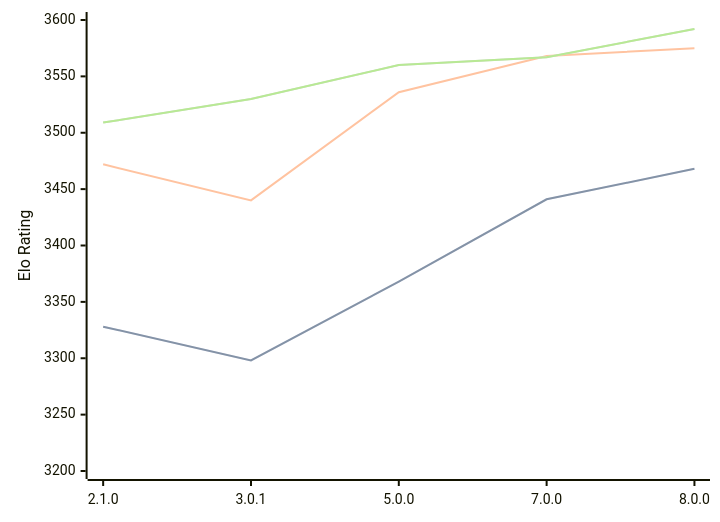
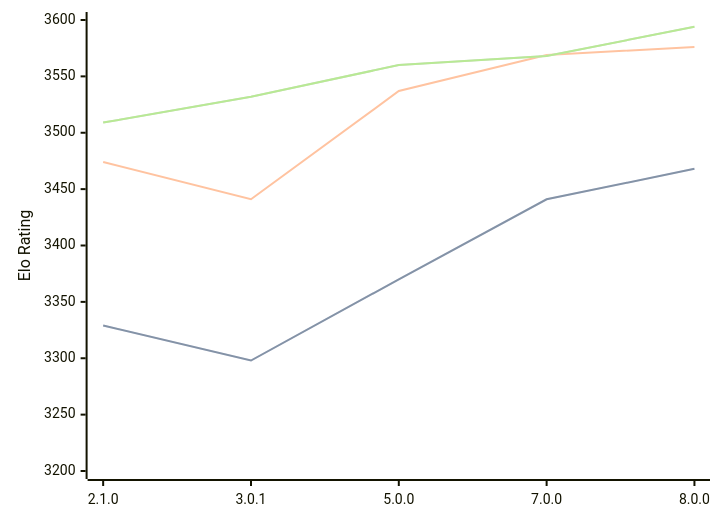
One commit to computer-chess-index/cci changed the diagram in engines/PlentyChess.md. Above: the diagram before and after it, drawn with Mermaid. The commit also changed other lines of this file, not shown here.

Commit message:
Update CCI Ratings (ELO VLTC) - 2026-09-13

````diff
--- a/engines/PlentyChess.md
+++ b/engines/PlentyChess.md
@@ -37,11 +37,11 @@
 ```mermaid
 %%{init: {"theme":"base","themeVariables":{"seriesColors:['#a3a3a3','#222221','#faa371']}}}%%
 xychart-beta
   x-axis ["2.1.0", "3.0.1", "5.0.0", "7.0.0", "8.0.0"]
   y-axis "Elo Rating" 3200 --> 3600
-  line "" [3328, 3298, 3368, 3441, 3468]
-  line "STC (8.0+0.08s)" [3328, 3298, 3368, 3441, 3468]
-  line "LTC (60.0+0.60s)" [3472, 3440, 3536, 3568, 3575]
-  line "" [3509, 3530, 3560, 3567, 3592]
-  line "VLTC (2m24s+1.12s)" [3509, 3530, 3560, 3567, 3592]
+  line "" [3329, 3298, 3370, 3441, 3468]
+  line "STC (8.0+0.08s)" [3329, 3298, 3370, 3441, 3468]
+  line "LTC (60.0+0.60s)" [3474, 3441, 3537, 3569, 3576]
+  line "" [3509, 3532, 3560, 3568, 3594]
+  line "VLTC (2m24s+1.12s)" [3509, 3532, 3560, 3568, 3594]
 ```
````
